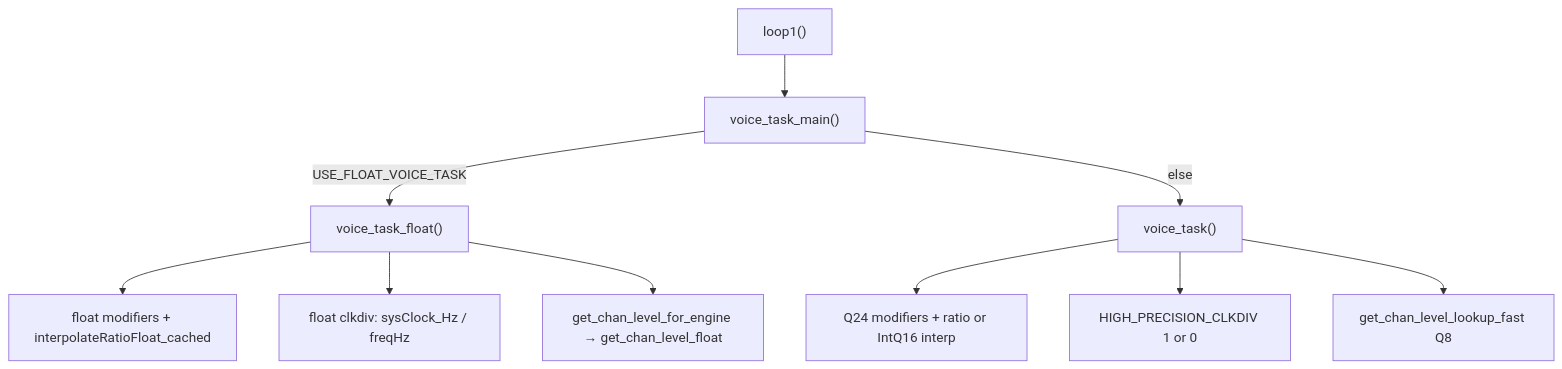
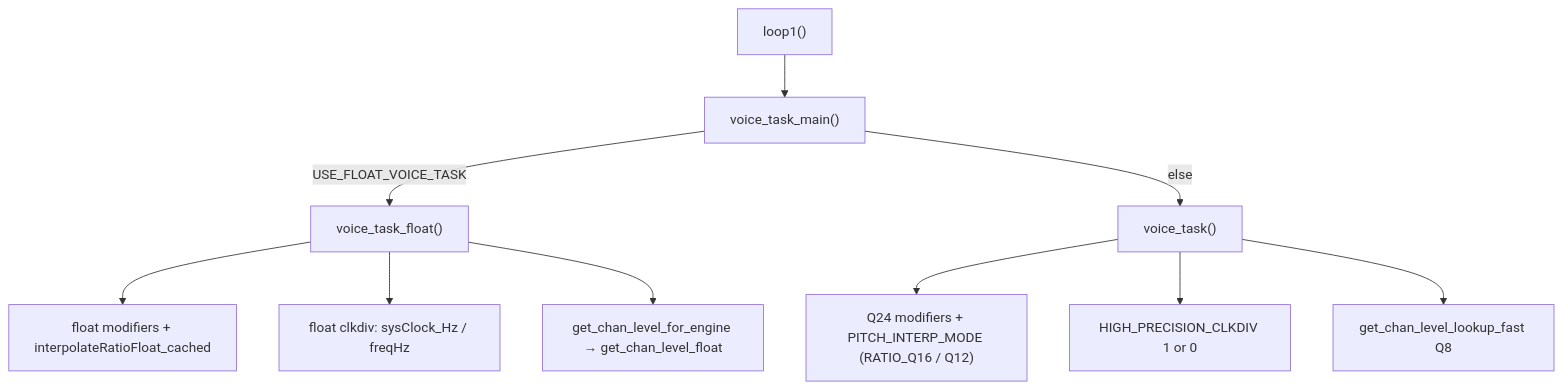
One commit to felipegaspari/DCO4-REBORN-DCO changed the diagram in docs/ENGINE_OPTIONS.md. Above: the diagram before and after it, drawn with Mermaid. The commit also changed other lines of this file and 24 other files, not shown here.

````diff
--- a/docs/ENGINE_OPTIONS.md
+++ b/docs/ENGINE_OPTIONS.md
@@ -60,12 +68,12 @@
 ```mermaid
 flowchart TD
   loop1["loop1()"] --> main["voice_task_main()"]
   main -->|USE_FLOAT_VOICE_TASK| vf["voice_task_float()"]
   main -->|else| vx["voice_task()"]
   vf --> fPitch["float modifiers + interpolateRatioFloat_cached"]
   vf --> fClk["float clkdiv: sysClock_Hz / freqHz"]
   vf --> fAmp["get_chan_level_for_engine → get_chan_level_float"]
-  vx --> xPitch["Q24 modifiers + ratio or IntQ16 interp"]
+  vx --> xPitch["Q24 modifiers + PITCH_INTERP_MODE (RATIO_Q16 / Q12)"]
   vx --> xClk["HIGH_PRECISION_CLKDIV 1 or 0"]
   vx --> xAmp["get_chan_level_lookup_fast Q8"]
 ```
````
